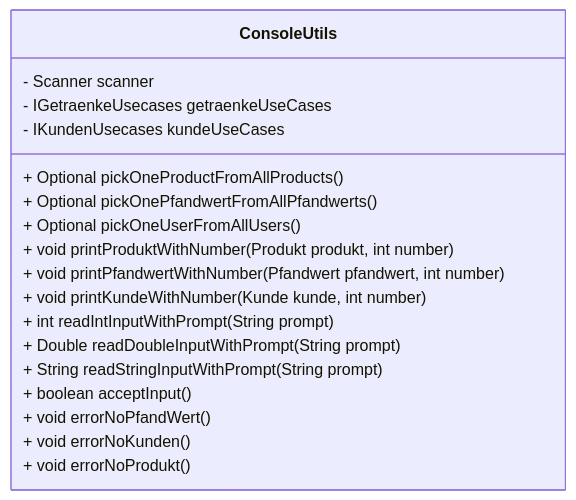
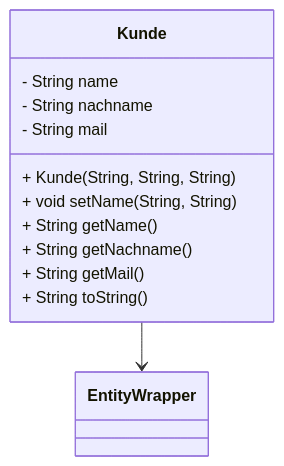
One commit to Gamagu/ase_getraenke changed diagram 17 of 31 in README.md. Above: the diagram before and after it, drawn with Mermaid. The commit also changed other lines of this file and 1 other file, not shown here.

````diff
--- a/README.md
+++ b/README.md
@@ -583,22 +615,19 @@
 ```mermaid 
 classDiagram
-class ConsoleUtils {
-		- Scanner scanner
-		- IGetraenkeUsecases getraenkeUseCases
-		- IKundenUsecases kundeUseCases
+	class Kunde {
+		- String name
+		- String nachname
+		- String mail
 
-		+ Optional pickOneProductFromAllProducts()
-		+ Optional pickOnePfandwertFromAllPfandwerts()
-		+ Optional pickOneUserFromAllUsers()
-		+ void printProduktWithNumber(Produkt produkt, int number)
-		+ void printPfandwertWithNumber(Pfandwert pfandwert, int number)
-		+ void printKundeWithNumber(Kunde kunde, int number)
-		+ int readIntInputWithPrompt(String prompt)
-		+ Double readDoubleInputWithPrompt(String prompt)
-		+ String readStringInputWithPrompt(String prompt)
-		+ boolean acceptInput()
-		+ void errorNoPfandWert()
-		+ void errorNoKunden()
-		+ void errorNoProdukt()
-	}	
+		+ Kunde(String, String, String)
+		+ void setName(String, String)
+		+ String getName()
+		+ String getNachname()
+		+ String getMail()
+		+ String toString()
+	}
+
+	class EntityWrapper
+
+	Kunde --> EntityWrapper
 ```
````
